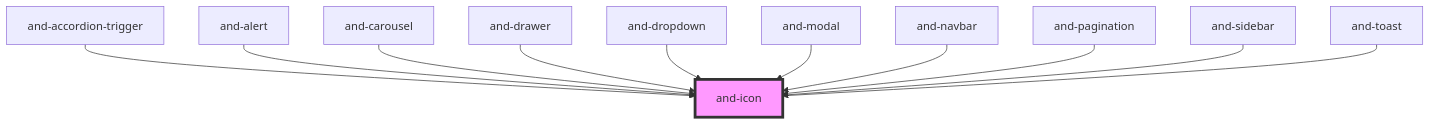
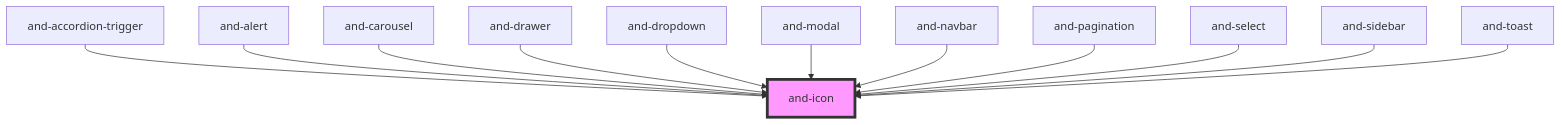
Before and after one commit to Andersseen/and-web-components: the diagram in packages/web-components/src/components/and-icon/readme.md, drawn with Mermaid. The commit also changed other lines of this file and 16 other files, not shown here.

````diff
--- a/packages/web-components/src/components/and-icon/readme.md
+++ b/packages/web-components/src/components/and-icon/readme.md
@@ -34,14 +35,15 @@
 ```mermaid
 graph TD;
   and-accordion-trigger --> and-icon
   and-alert --> and-icon
   and-carousel --> and-icon
   and-drawer --> and-icon
   and-dropdown --> and-icon
   and-modal --> and-icon
   and-navbar --> and-icon
   and-pagination --> and-icon
+  and-select --> and-icon
   and-sidebar --> and-icon
   and-toast --> and-icon
   style and-icon fill:#f9f,stroke:#333,stroke-width:4px
 ```
````
